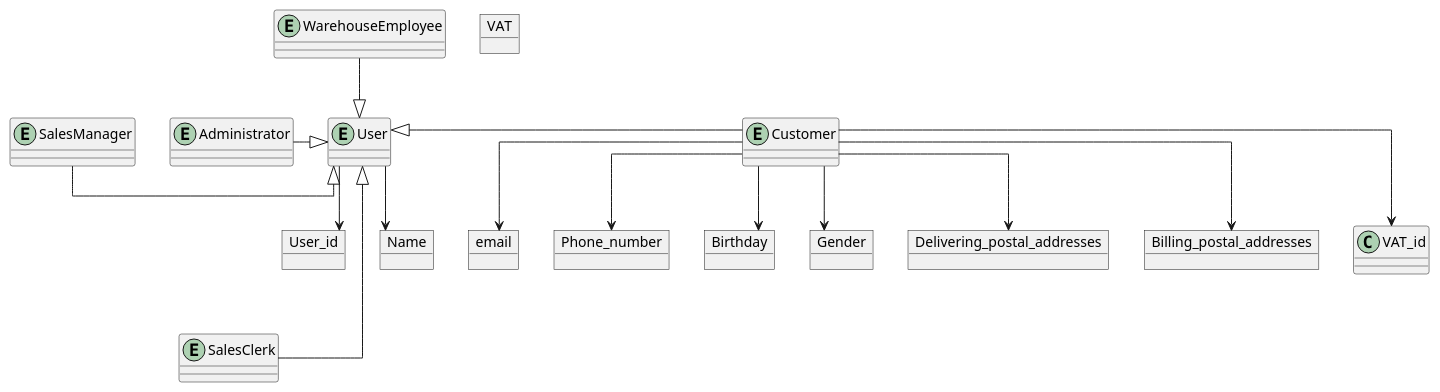
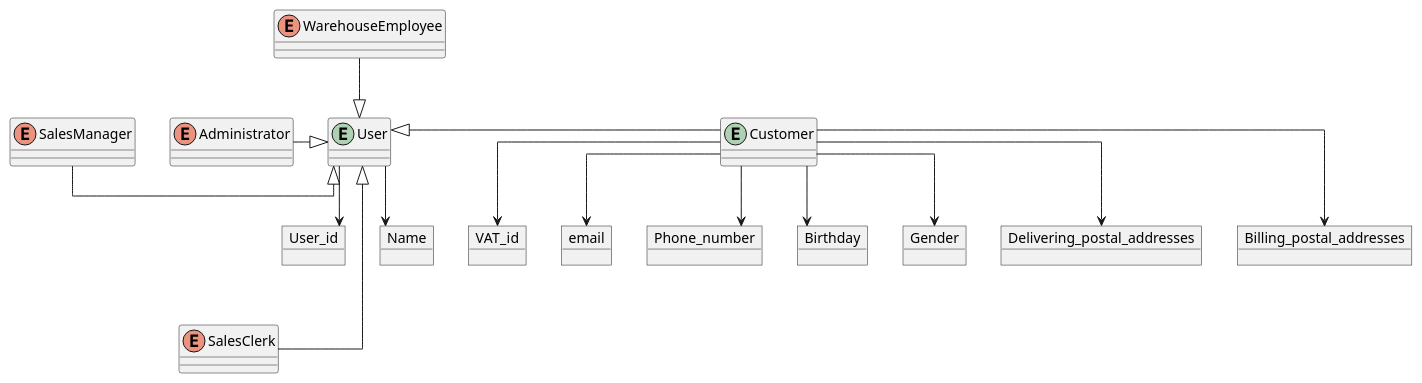
One commit to Pedromaia26/LAPR4-ISEP changed the diagram in Documentação/Geral/ModeloDomínio/AggregateUser.puml. Above: the diagram before and after it, drawn with PlantUML. The commit also changed 5 other files, not shown here.

```diff
--- a/Documentação/Geral/ModeloDomínio/AggregateUser.puml
+++ b/Documentação/Geral/ModeloDomínio/AggregateUser.puml
@@ -1,41 +1,41 @@
 @startuml Modelo de domínio
 ' hide the spot
 
 
 ' avoid problems with angled crows feet
 skinparam linetype ortho
 
 entity Customer
 entity User
-entity WarehouseEmployee
-entity SalesClerk
-entity SalesManager
-entity Administrator
+enum WarehouseEmployee
+enum SalesClerk
+enum SalesManager
+enum Administrator
 
-object VAT
+object VAT_id
 object email
 object Phone_number
 object Birthday
 object Gender
 object Delivering_postal_addresses
 object Billing_postal_addresses
 Customer --> VAT_id
 Customer --> email
 Customer --> Phone_number
 Customer --> Birthday
 Customer --> Gender
 Customer --> Delivering_postal_addresses
 Customer --> Billing_postal_addresses
 
 object User_id
 object Name
 User --> User_id
 User --> Name
 
 Customer -left--|> User
 WarehouseEmployee --|> User
 SalesClerk -up--|> User
 SalesManager -right--|> User
 Administrator -right--|> User
 
 @enduml
```
